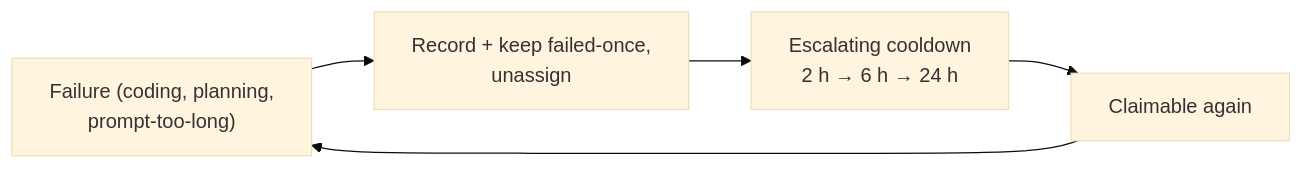
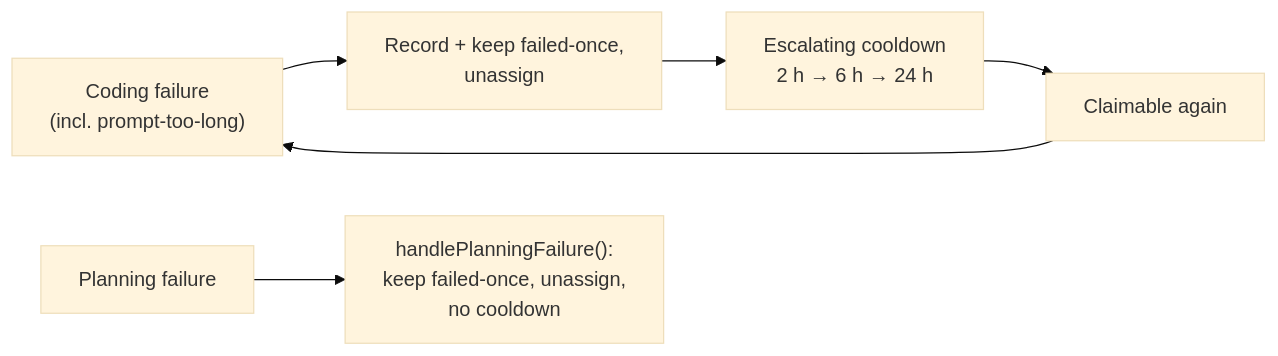
One commit to stSoftwareAU/VibeCoder changed the diagram in docs/archive/pr-summaries/pr-summary-5318.md. Above: the diagram before and after it, drawn with Mermaid (base theme). The commit also changed other lines of this file and 1 other file, not shown here.

First line of the commit message:
docs: planning failures record no cooldown; drop the claim (Issue #5318)

````diff
--- a/docs/archive/pr-summaries/pr-summary-5318.md
+++ b/docs/archive/pr-summaries/pr-summary-5318.md
@@ -61,7 +66,8 @@
 ```mermaid
 flowchart LR
-  F["Failure (coding, planning,<br/>prompt-too-long)"] --> R["Record + keep failed-once,<br/>unassign"]
+  F["Coding failure<br/>(incl. prompt-too-long)"] --> R["Record + keep failed-once,<br/>unassign"]
   R --> C["Escalating cooldown<br/>2 h → 6 h → 24 h"]
   C --> Claim["Claimable again"]
   Claim --> F
+  P["Planning failure"] --> PR["handlePlanningFailure():<br/>keep failed-once, unassign,<br/>no cooldown"]
 ```
````
